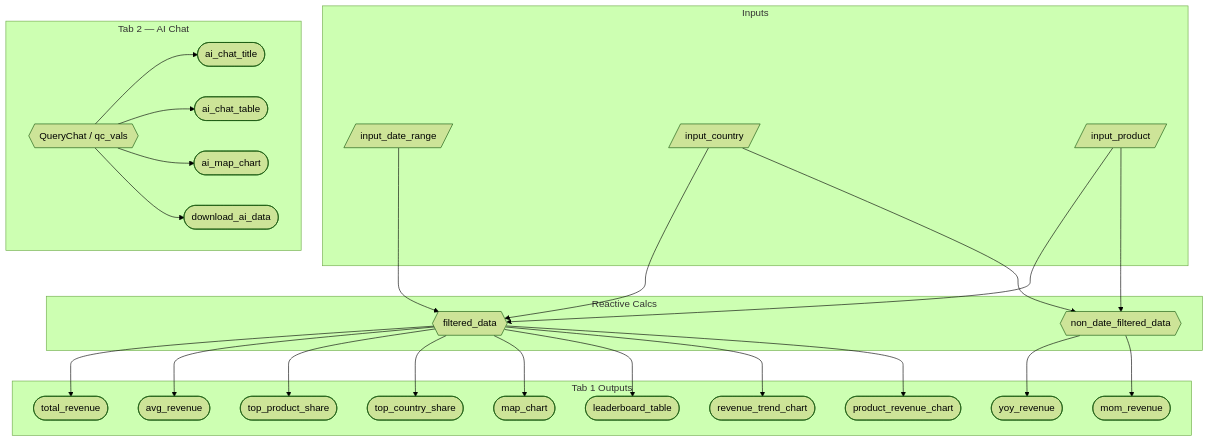
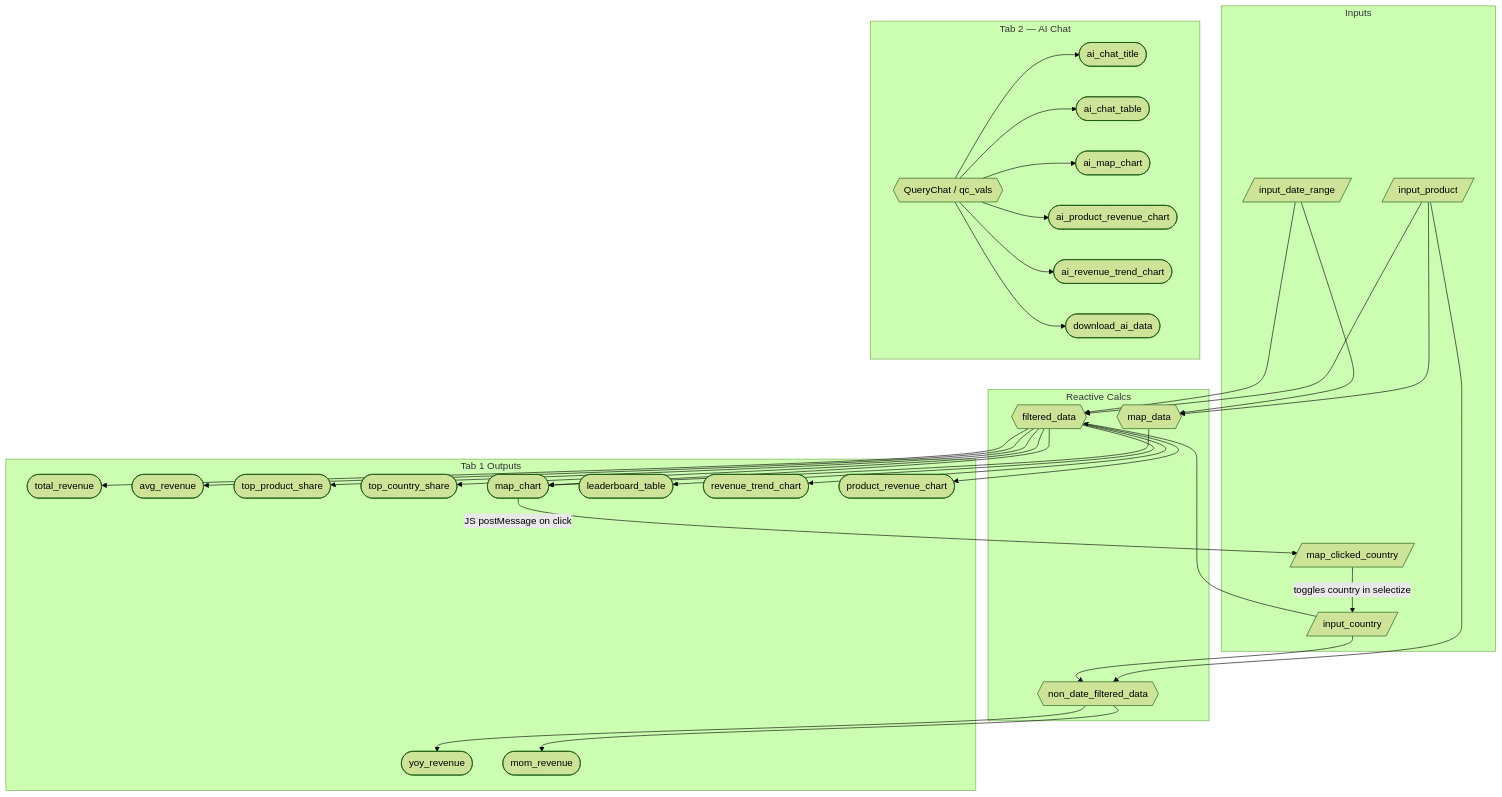
One commit to UBC-MDS/DSCI-532_2026_8_cocoaboard changed the diagram in reports/m2_spec.md. Above: the diagram before and after it, drawn with Mermaid (forest theme). The commit also changed other lines of this file and 3 other files, not shown here.

````diff
--- a/reports/m2_spec.md
+++ b/reports/m2_spec.md
@@ -49,51 +53,62 @@
 ```mermaid
 flowchart TD
   subgraph Inputs
     A[/input_date_range/]
     B[/input_country/]
     C[/input_product/]
+    MC[/map_clicked_country/]
   end
 
   subgraph "Reactive Calcs"
     F{{filtered_data}}
     NDF{{non_date_filtered_data}}
+    MD{{map_data}}
   end
 
   A --> F
   B --> F
   C --> F
   B --> NDF
   C --> NDF
+  A --> MD
+  C --> MD
 
   subgraph "Tab 1 Outputs"
     R([total_revenue])
     AVG([avg_revenue])
     TPS([top_product_share])
     TCS([top_country_share])
     YOY([yoy_revenue])
     MOM([mom_revenue])
     M([map_chart])
     L([leaderboard_table])
     RT([revenue_trend_chart])
     PR([product_revenue_chart])
   end
 
   F --> R
   F --> AVG
   F --> TPS
   F --> TCS
   F --> M
   F --> L
   F --> RT
   F --> PR
   NDF --> YOY
   NDF --> MOM
+  MD --> M
+
+  %% Option D: map click interaction loop
+  M -- "JS postMessage on click" --> MC
+  MC -- "toggles country in selectize" --> B
 
   subgraph "Tab 2 — AI Chat"
     QC{{QueryChat / qc_vals}}
     QC --> AT([ai_chat_title])
     QC --> ATBL([ai_chat_table])
     QC --> AM([ai_map_chart])
+    QC --> APR([ai_product_revenue_chart])
+    QC --> ART([ai_revenue_trend_chart])
     QC --> DL([download_ai_data])
   end
 ```
````
